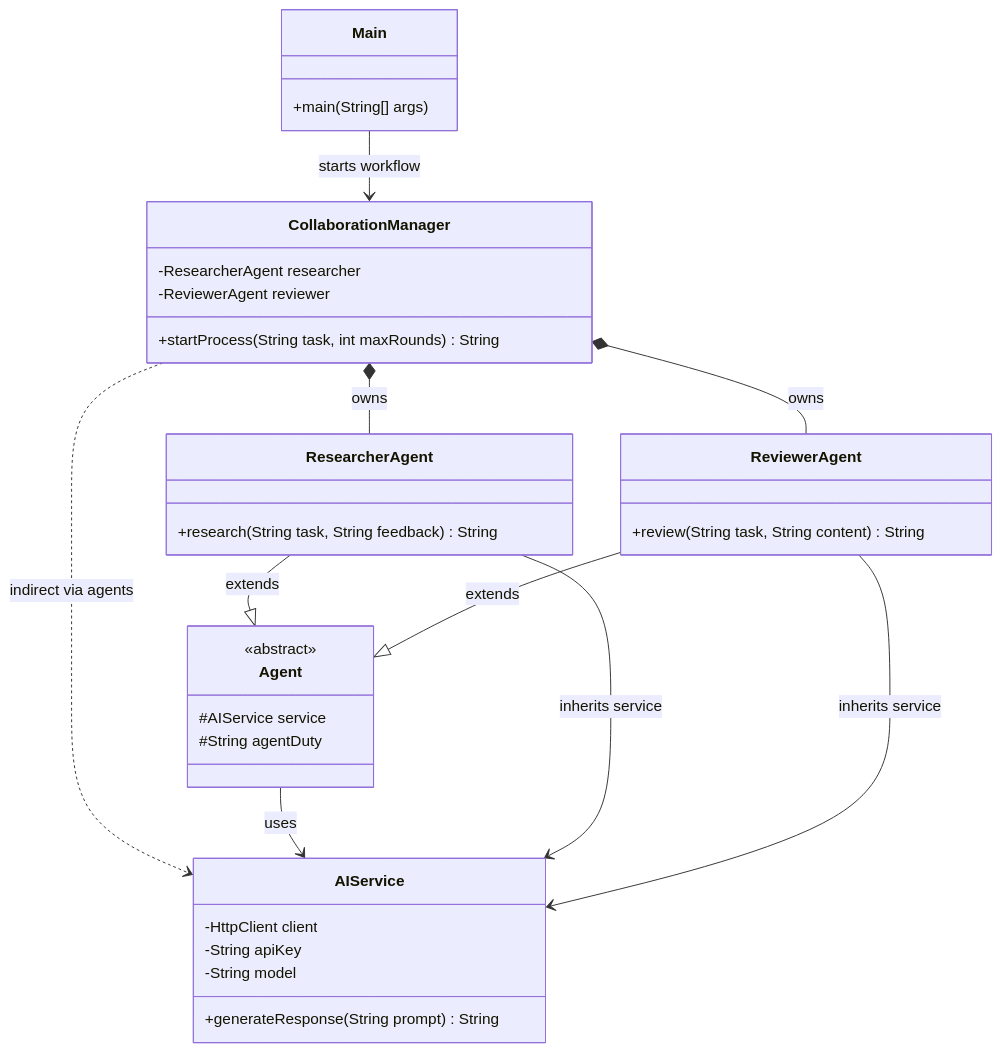
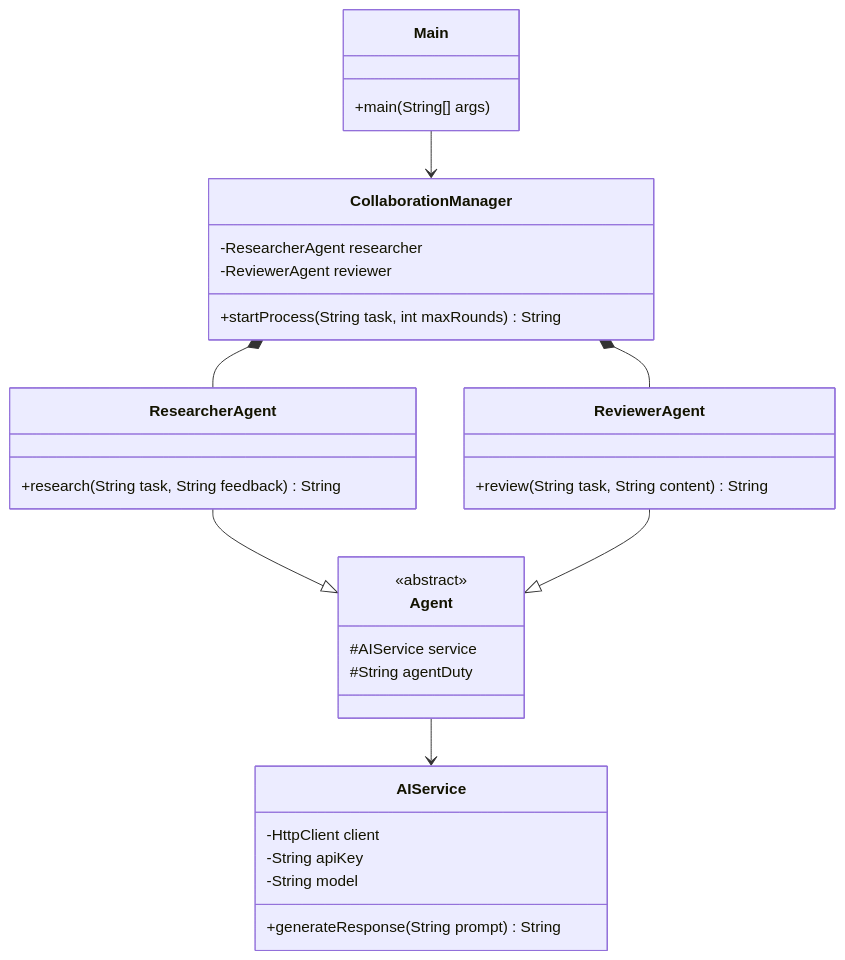
The diagram in README.md (rintoji/REXOR), drawn with Mermaid before and after one commit. The commit also changed other lines of this file, not shown here.

Commit message:
Revise architecture overview in README
Refactor architecture overview section to improve clarity and remove redundant explanations.

````diff
--- a/README.md
+++ b/README.md
@@ -47,48 +44,40 @@
 ```mermaid
 classDiagram
-    direction TB
-
     class Main {
         +main(String[] args)
     }
 
     class CollaborationManager {
         -ResearcherAgent researcher
         -ReviewerAgent reviewer
         +startProcess(String task, int maxRounds) String
     }
 
     class Agent {
         <<abstract>>
         #AIService service
         #String agentDuty
     }
 
     class ResearcherAgent {
         +research(String task, String feedback) String
     }
 
     class ReviewerAgent {
         +review(String task, String content) String
     }
 
     class AIService {
         -HttpClient client
         -String apiKey
         -String model
         +generateResponse(String prompt) String
     }
 
-    Main --> CollaborationManager : starts workflow
-
-    CollaborationManager *-- ResearcherAgent : owns
-    CollaborationManager *-- ReviewerAgent : owns
-    CollaborationManager ..> AIService : indirect via agents
-
-    ResearcherAgent --|> Agent : extends
-    ReviewerAgent --|> Agent : extends
-
-    Agent --> AIService : uses
-    ResearcherAgent --> AIService : inherits service
-    ReviewerAgent --> AIService : inherits service
+    Main --> CollaborationManager
+    CollaborationManager *-- ResearcherAgent
+    CollaborationManager *-- ReviewerAgent
+    ResearcherAgent --|> Agent
+    ReviewerAgent --|> Agent
+    Agent --> AIService
 ```
````
